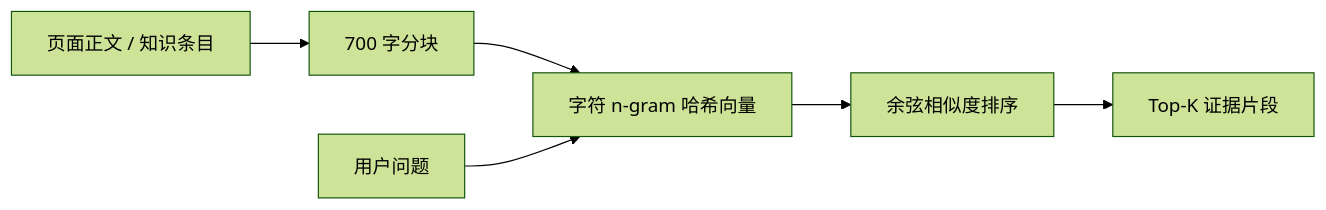
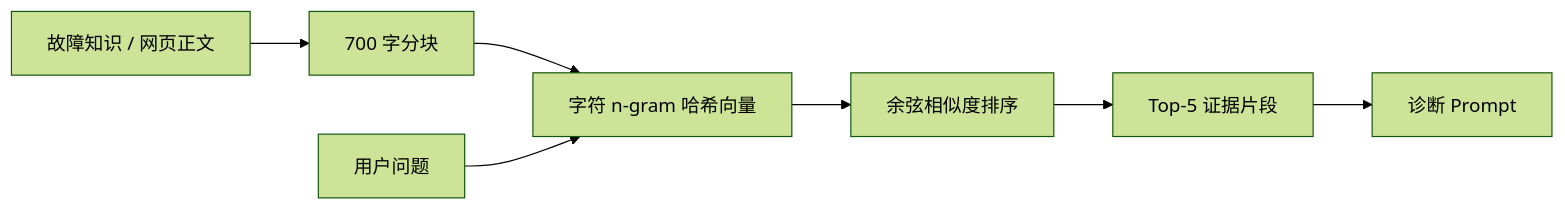
Before and after one commit to rzdx-lyh/campus-computer-care: the fourth of 4 diagrams in docs/技术文档.md, drawn with Mermaid (forest theme). The commit also changed other lines of this file and 5 other files, not shown here.

````diff
--- a/docs/技术文档.md
+++ b/docs/技术文档.md
@@ -168,8 +197,9 @@
 ```mermaid
 flowchart LR
-  T["页面正文 / 知识条目"] --> C["700 字分块"]
+  T["故障知识 / 网页正文"] --> C["700 字分块"]
   C --> E["字符 n-gram 哈希向量"]
+  Q["用户问题"] --> E
   E --> S["余弦相似度排序"]
-  Q["用户问题"] --> E
-  S --> R["Top-K 证据片段"]
+  S --> R["Top-5 证据片段"]
+  R --> P["诊断 Prompt"]
 ```
````
